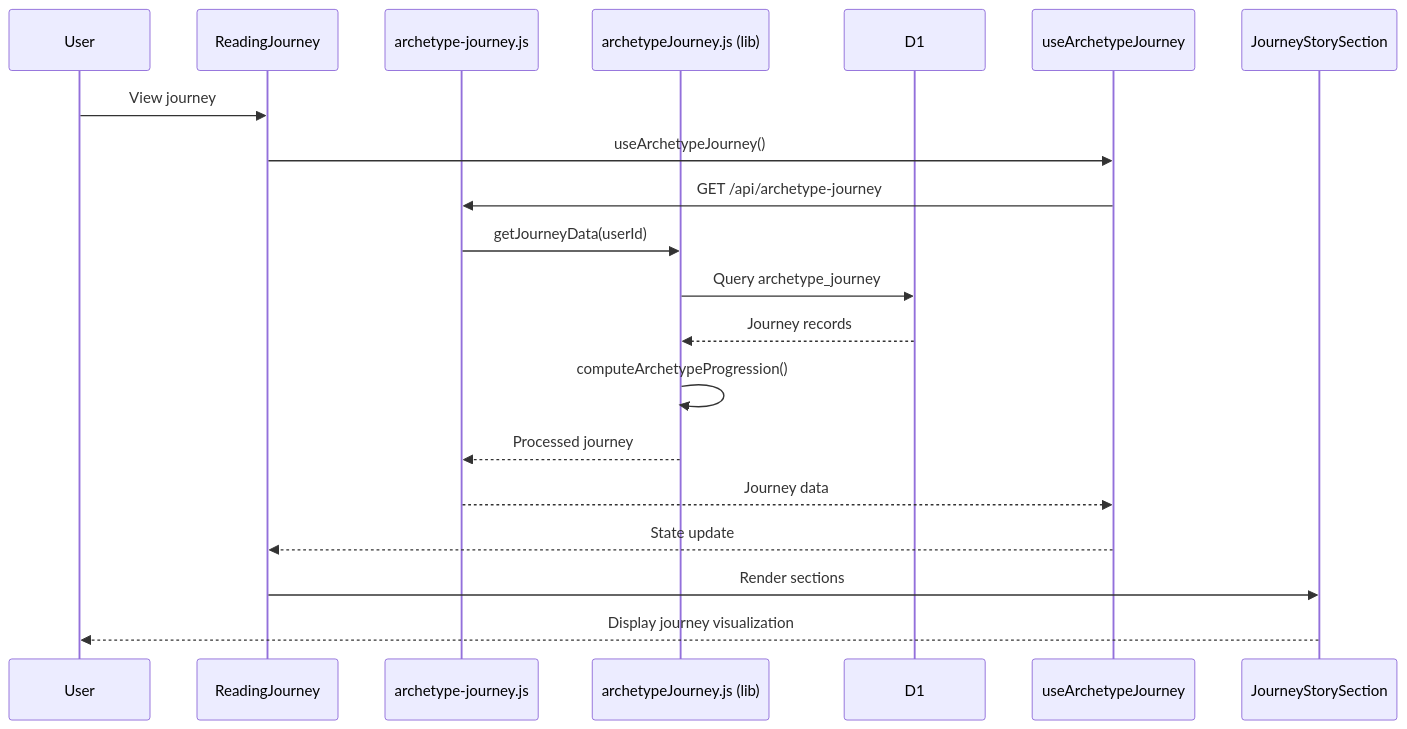
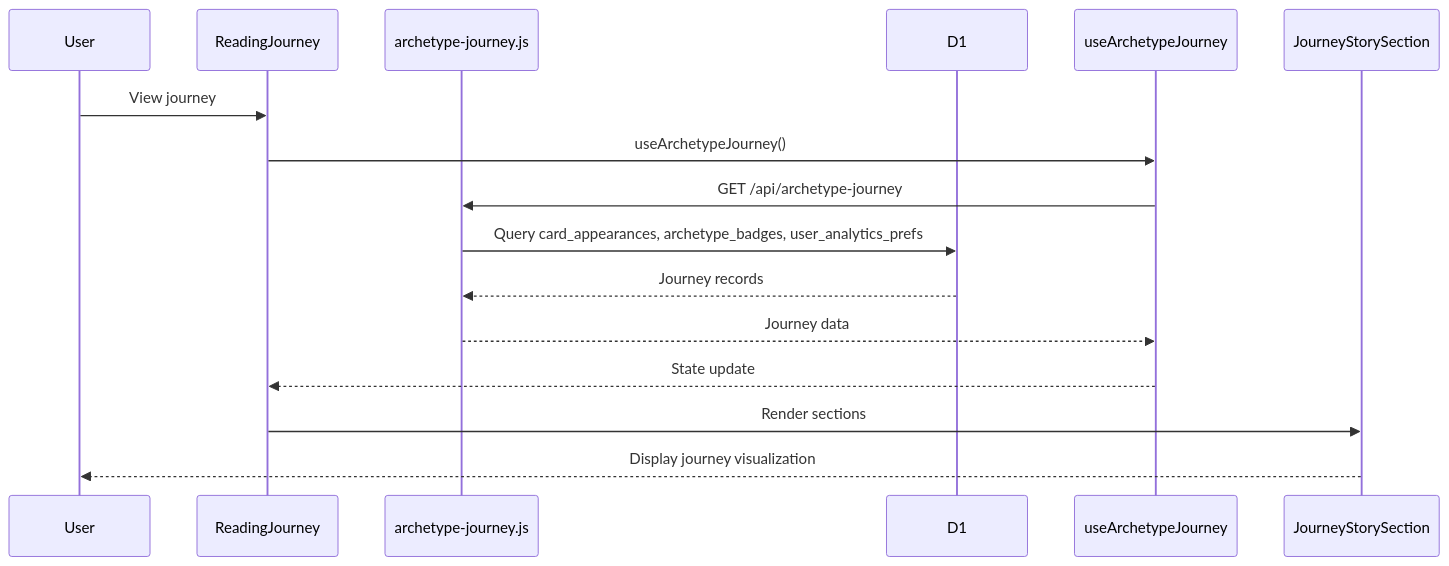
One commit to henryperkins/tarot changed diagram 15 of 17 in docs/architecture/full-system-diagrams.md. Above: the diagram before and after it, drawn with Mermaid. The commit also changed other lines of this file and 54 other files, not shown here.

````diff
--- a/docs/architecture/full-system-diagrams.md
+++ b/docs/architecture/full-system-diagrams.md
@@ -678,23 +695,19 @@
 ```mermaid
 sequenceDiagram
     participant User
     participant JourneyPage as ReadingJourney
     participant JourneyAPI as archetype-journey.js
-    participant JourneyLib as archetypeJourney.js (lib)
-    participant D1
+    participant D1 as D1
     participant JourneyHook as useArchetypeJourney
     participant JourneyStory as JourneyStorySection
 
     User->>JourneyPage: View journey
     JourneyPage->>JourneyHook: useArchetypeJourney()
     JourneyHook->>JourneyAPI: GET /api/archetype-journey
-    JourneyAPI->>JourneyLib: getJourneyData(userId)
-    JourneyLib->>D1: Query archetype_journey
-    D1-->>JourneyLib: Journey records
-    JourneyLib->>JourneyLib: computeArchetypeProgression()
-    JourneyLib-->>JourneyAPI: Processed journey
+    JourneyAPI->>D1: Query card_appearances, archetype_badges, user_analytics_prefs
+    D1-->>JourneyAPI: Journey records
     JourneyAPI-->>JourneyHook: Journey data
     JourneyHook-->>JourneyPage: State update
     JourneyPage->>JourneyStory: Render sections
     JourneyStory-->>User: Display journey visualization
 ```
````
